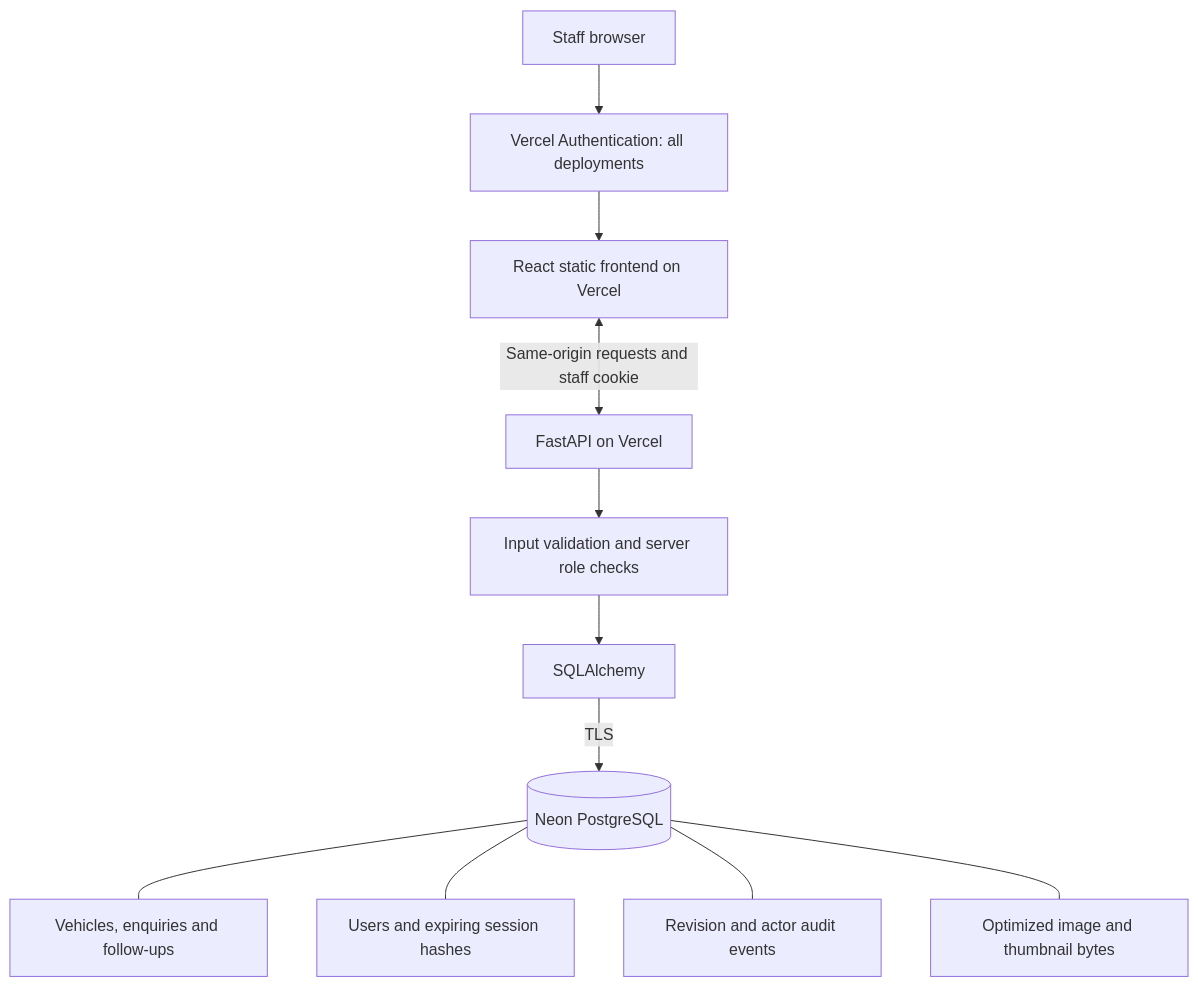
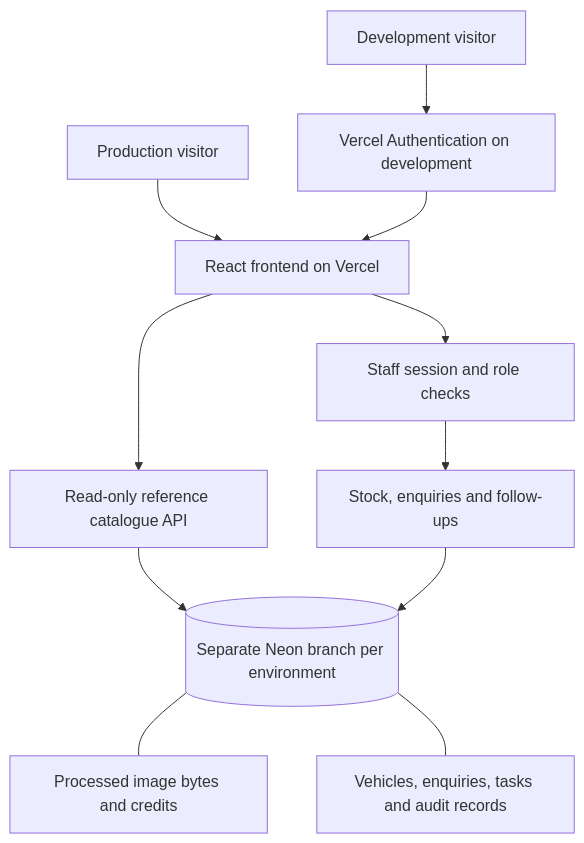
The first of 4 diagrams in docs/diagrams.md (mohanoor-ai/dealer-desk), drawn with Mermaid before and after one commit. The commit also changed other lines of this file and 16 other files, not shown here.

````diff
--- a/docs/diagrams.md
+++ b/docs/diagrams.md
@@ -7,13 +7,13 @@
 ```mermaid
 flowchart TB
-    Browser[Staff browser] --> Protection[Vercel Authentication: all deployments]
-    Protection --> Frontend[React static frontend on Vercel]
-    Frontend <-->|Same-origin requests and staff cookie| Backend[FastAPI on Vercel]
-    Backend --> Validation[Input validation and server role checks]
-    Validation --> ORM[SQLAlchemy]
-    ORM -->|TLS| Neon[(Neon PostgreSQL)]
-    Neon --- Business[Vehicles, enquiries and follow-ups]
-    Neon --- Accounts[Users and expiring session hashes]
-    Neon --- Audit[Revision and actor audit events]
-    Neon --- Images[Optimized image and thumbnail bytes]
+    Public[Production visitor] --> UI[React frontend on Vercel]
+    Dev[Development visitor] --> Gate[Vercel Authentication on development]
+    Gate --> UI
+    UI --> Catalogue[Read-only reference catalogue API]
+    UI --> Staff[Staff session and role checks]
+    Staff --> API[Stock, enquiries and follow-ups]
+    Catalogue --> DB[(Separate Neon branch per environment)]
+    API --> DB
+    DB --- Photos[Processed image bytes and credits]
+    DB --- Records[Vehicles, enquiries, tasks and audit records]
 ```
````
